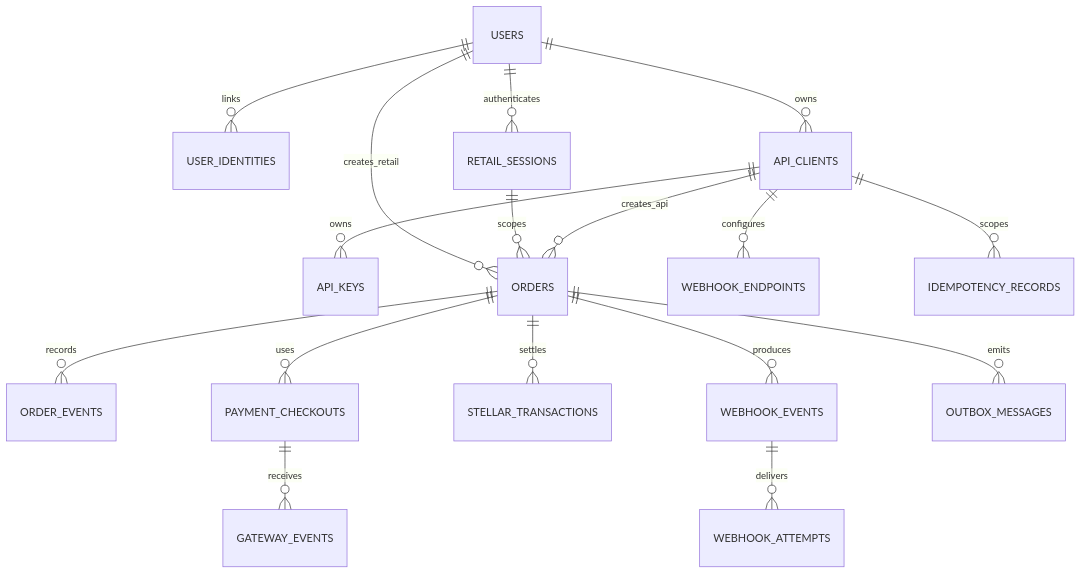
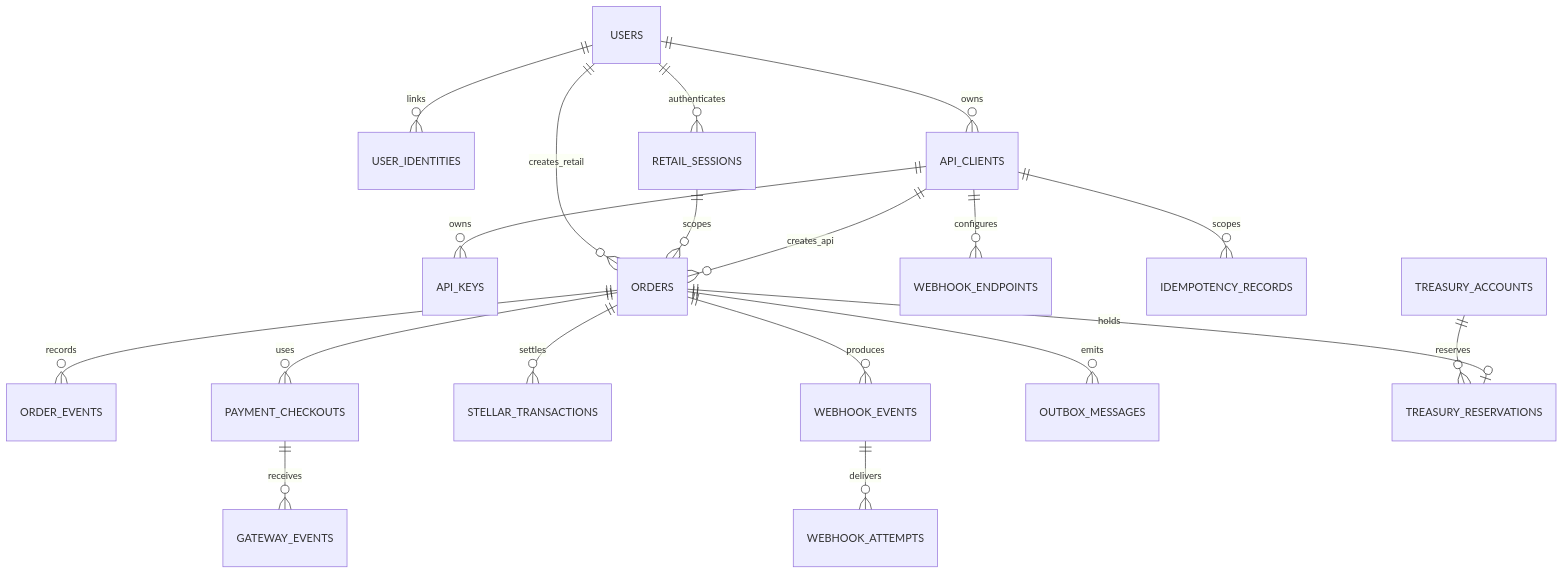
One commit to kailopay/kailo-be changed the diagram in documentations/backend/DATABASE-DESIGN.md. Above: the diagram before and after it, drawn with Mermaid. The commit also changed other lines of this file and 38 other files, not shown here.

````diff
--- a/documentations/backend/DATABASE-DESIGN.md
+++ b/documentations/backend/DATABASE-DESIGN.md
@@ -25,19 +33,21 @@
 ```mermaid
 erDiagram
     USERS ||--o{ USER_IDENTITIES : links
     USERS ||--o{ RETAIL_SESSIONS : authenticates
     USERS ||--o{ API_CLIENTS : owns
     API_CLIENTS ||--o{ API_KEYS : owns
     USERS ||--o{ ORDERS : creates_retail
     RETAIL_SESSIONS ||--o{ ORDERS : scopes
     API_CLIENTS ||--o{ ORDERS : creates_api
     ORDERS ||--o{ ORDER_EVENTS : records
     ORDERS ||--o{ PAYMENT_CHECKOUTS : uses
     PAYMENT_CHECKOUTS ||--o{ GATEWAY_EVENTS : receives
     ORDERS ||--o{ STELLAR_TRANSACTIONS : settles
     API_CLIENTS ||--o{ WEBHOOK_ENDPOINTS : configures
     ORDERS ||--o{ WEBHOOK_EVENTS : produces
     WEBHOOK_EVENTS ||--o{ WEBHOOK_ATTEMPTS : delivers
     API_CLIENTS ||--o{ IDEMPOTENCY_RECORDS : scopes
     ORDERS ||--o{ OUTBOX_MESSAGES : emits
+    TREASURY_ACCOUNTS ||--o{ TREASURY_RESERVATIONS : reserves
+    ORDERS ||--o| TREASURY_RESERVATIONS : holds
 ```
````
